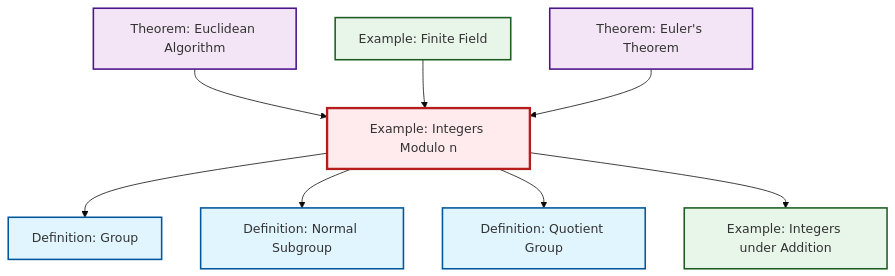
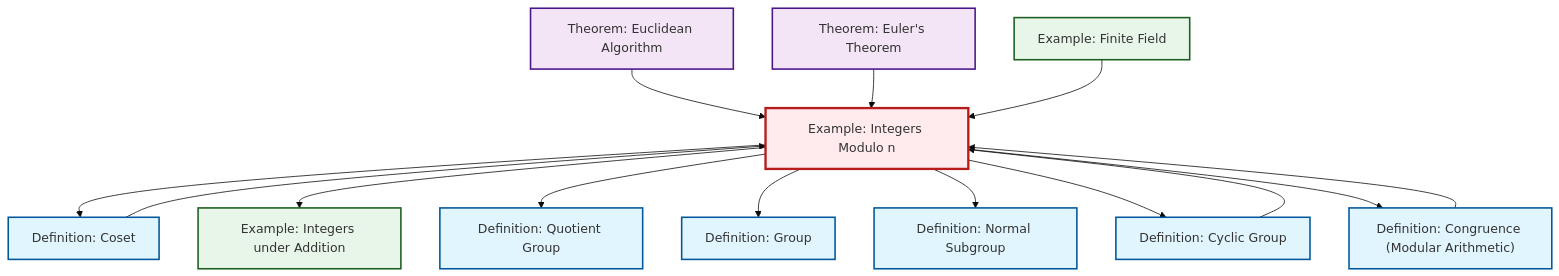
The diagram in content/ja/algebra/ex-quotient-integers-mod-n.qmd (RK0429/ModernMath), drawn with Mermaid (base theme) before and after one commit. The commit also changed 417 other files, not shown here.

````diff
--- a/content/ja/algebra/ex-quotient-integers-mod-n.qmd
+++ b/content/ja/algebra/ex-quotient-integers-mod-n.qmd
@@ -120,32 +120,44 @@
 ```{mermaid}
 %%| fig-cap: "Local dependency graph"
 graph TD
     classDef definition fill:#e1f5fe,stroke:#01579b,stroke-width:2px
     classDef theorem fill:#f3e5f5,stroke:#4a148c,stroke-width:2px
     classDef axiom fill:#fff3e0,stroke:#e65100,stroke-width:2px
     classDef example fill:#e8f5e9,stroke:#1b5e20,stroke-width:2px
     classDef current fill:#ffebee,stroke:#b71c1c,stroke-width:3px
+    ex-finite-field["Example: Finite Field"]:::example
+    def-cyclic-group["Definition: Cyclic Group"]:::definition
+    thm-euler["Theorem: Euler's Theorem"]:::theorem
+    def-coset["Definition: Coset"]:::definition
     def-normal-subgroup["Definition: Normal Subgroup"]:::definition
-    ex-finite-field["Example: Finite Field"]:::example
-    thm-euler["Theorem: Euler's Theorem"]:::theorem
-    def-group["Definition: Group"]:::definition
+    ex-quotient-integers-mod-n["Example: Integers Modulo n"]:::example
     ex-integers-addition["Example: Integers under Addition"]:::example
     def-quotient-group["Definition: Quotient Group"]:::definition
     thm-euclidean-algorithm["Theorem: Euclidean Algorithm"]:::theorem
-    ex-quotient-integers-mod-n["Example: Integers Modulo n"]:::example
+    def-group["Definition: Group"]:::definition
+    def-congruence["Definition: Congruence (Modular Arithmetic)"]:::definition
+    ex-quotient-integers-mod-n --> def-coset
+    thm-euclidean-algorithm --> ex-quotient-integers-mod-n
+    def-coset --> ex-quotient-integers-mod-n
+    thm-euler --> ex-quotient-integers-mod-n
+    def-congruence --> ex-quotient-integers-mod-n
+    def-cyclic-group --> ex-quotient-integers-mod-n
+    ex-finite-field --> ex-quotient-integers-mod-n
+    ex-quotient-integers-mod-n --> ex-integers-addition
+    ex-quotient-integers-mod-n --> def-quotient-group
     ex-quotient-integers-mod-n --> def-group
-    thm-euclidean-algorithm --> ex-quotient-integers-mod-n
     ex-quotient-integers-mod-n --> def-normal-subgroup
-    ex-quotient-integers-mod-n --> def-quotient-group
-    ex-quotient-integers-mod-n --> ex-integers-addition
-    ex-finite-field --> ex-quotient-integers-mod-n
-    thm-euler --> ex-quotient-integers-mod-n
+    ex-quotient-integers-mod-n --> def-cyclic-group
+    ex-quotient-integers-mod-n --> def-congruence
     class ex-quotient-integers-mod-n current
+    click ex-finite-field "ex-finite-field.html" "Example: Finite Fieldへ"
+    click def-cyclic-group "def-cyclic-group.html" "Definition: Cyclic Groupへ"
+    click thm-euler "thm-euler.html" "Theorem: Euler's Theoremへ"
+    click def-coset "def-coset.html" "Definition: Cosetへ"
     click def-normal-subgroup "def-normal-subgroup.html" "Definition: Normal Subgroupへ"
-    click ex-finite-field "ex-finite-field.html" "Example: Finite Fieldへ"
-    click thm-euler "thm-euler.html" "Theorem: Euler's Theoremへ"
-    click def-group "def-group.html" "Definition: Groupへ"
     click ex-integers-addition "ex-integers-addition.html" "Example: Integers under Additionへ"
     click def-quotient-group "def-quotient-group.html" "Definition: Quotient Groupへ"
     click thm-euclidean-algorithm "thm-euclidean-algorithm.html" "Theorem: Euclidean Algorithmへ"
+    click def-group "def-group.html" "Definition: Groupへ"
+    click def-congruence "def-congruence.html" "Definition: Congruence (Modular Arithmetic)へ"
 ```
````
